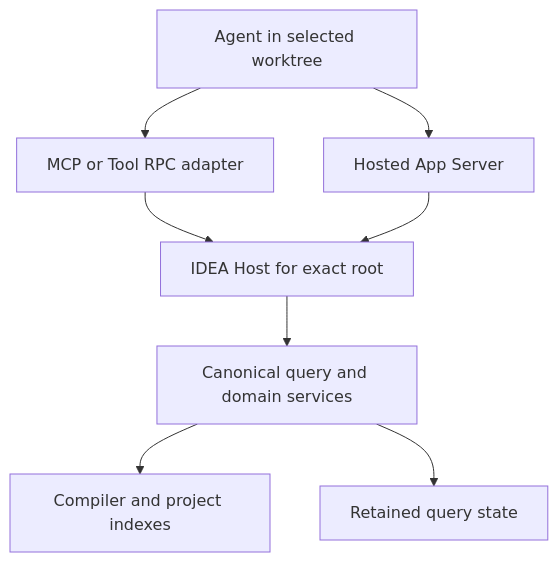
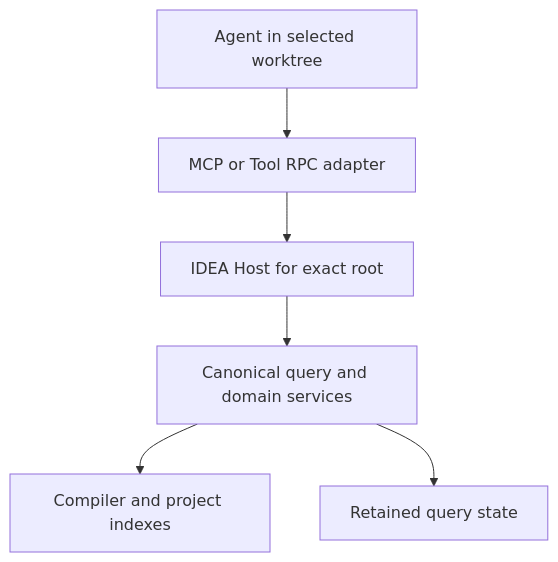
The diagram in docs/public/images/architecture/topology.mmd (amichne/kast), drawn with Mermaid before and after one commit. The commit also changed 11 other files, not shown here.

```diff
--- a/docs/public/images/architecture/topology.mmd
+++ b/docs/public/images/architecture/topology.mmd
@@ -1,8 +1,6 @@
 flowchart TD
   A["Agent in selected worktree"] --> T["MCP or Tool RPC adapter"]
-  A --> C["Hosted App Server"]
   T --> H["IDEA Host for exact root"]
-  C --> H
   H --> Q["Canonical query and domain services"]
   Q --> P["Compiler and project indexes"]
   Q --> R["Retained query state"]
```
